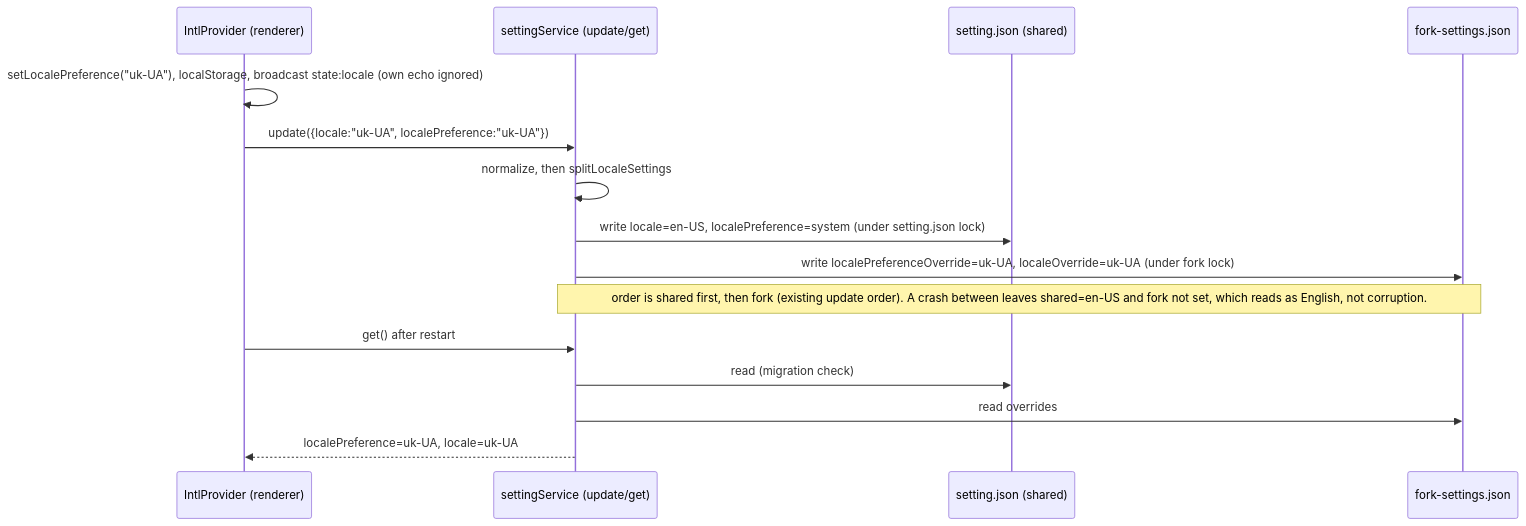
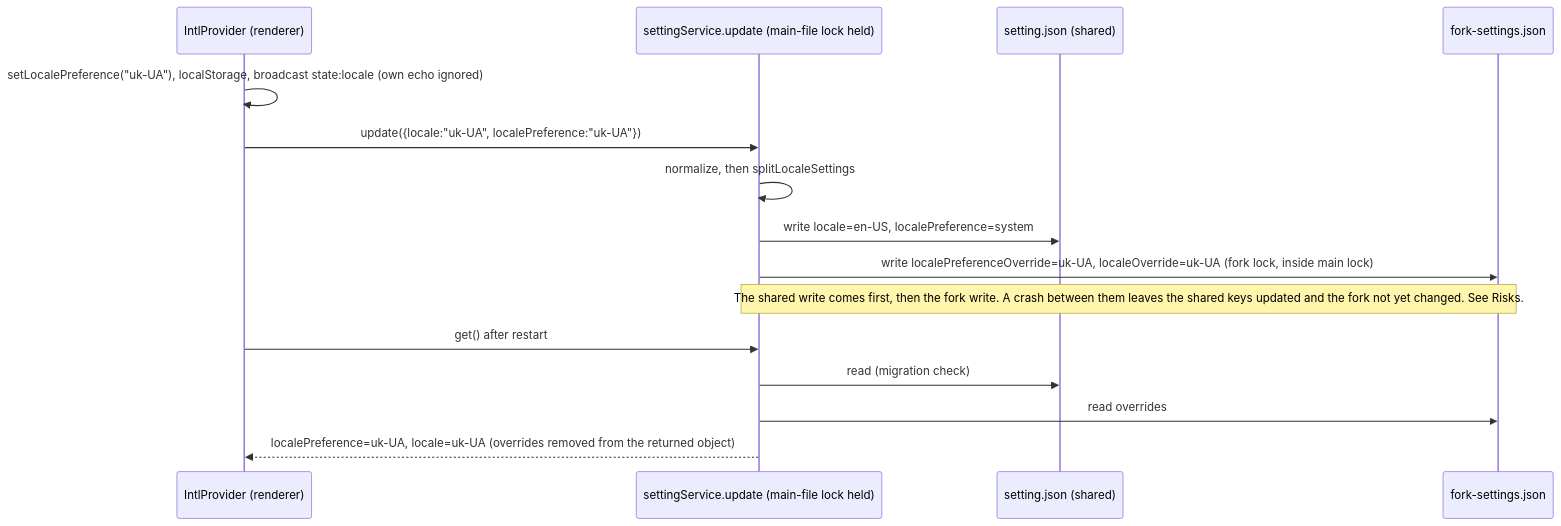
The first of 2 diagrams in specs/fork-locale-storage.md (osben/ZCode), drawn with Mermaid before and after one commit. The commit also changed other lines of this file and 5 other files, not shown here.

Commit message:
fix(settings): close locale review gaps (lock ordering, migration failure, sync payload, overrides out of AppSettings) (ISSUE-045)

````diff
--- a/specs/fork-locale-storage.md
+++ b/specs/fork-locale-storage.md
@@ -62,17 +86,17 @@
 ```mermaid
 sequenceDiagram
   participant UI as IntlProvider (renderer)
-  participant SS as settingService (update/get)
+  participant SS as settingService.update (main-file lock held)
   participant SH as setting.json (shared)
   participant FK as fork-settings.json
   UI->>UI: setLocalePreference("uk-UA"), localStorage, broadcast state:locale (own echo ignored)
   UI->>SS: update({locale:"uk-UA", localePreference:"uk-UA"})
   SS->>SS: normalize, then splitLocaleSettings
-  SS->>SH: write locale=en-US, localePreference=system (under setting.json lock)
-  SS->>FK: write localePreferenceOverride=uk-UA, localeOverride=uk-UA (under fork lock)
-  Note over SS,FK: order is shared first, then fork (existing update order). A crash between leaves shared=en-US and fork not set, which reads as English, not corruption.
+  SS->>SH: write locale=en-US, localePreference=system
+  SS->>FK: write localePreferenceOverride=uk-UA, localeOverride=uk-UA (fork lock, inside main lock)
+  Note over SS,FK: The shared write comes first, then the fork write. A crash between them leaves the shared keys updated and the fork not yet changed. See Risks.
   UI->>SS: get() after restart
   SS->>SH: read (migration check)
   SS->>FK: read overrides
-  SS-->>UI: localePreference=uk-UA, locale=uk-UA
+  SS-->>UI: localePreference=uk-UA, locale=uk-UA (overrides removed from the returned object)
 ```
````
